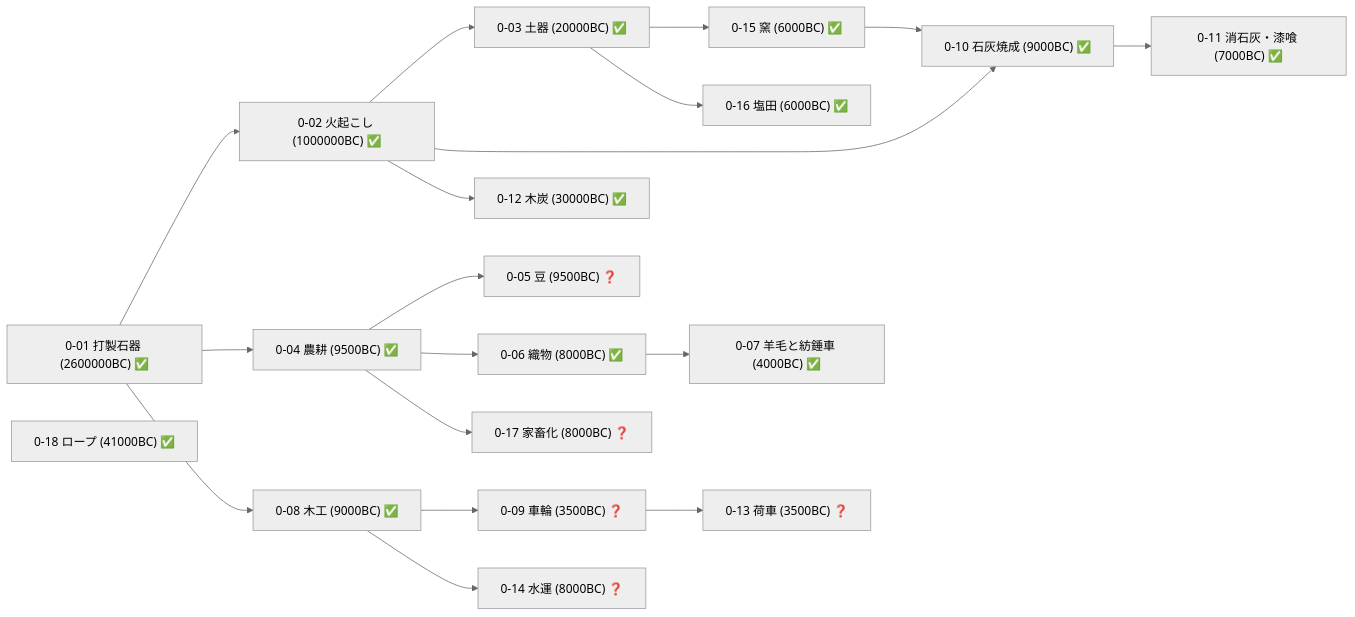
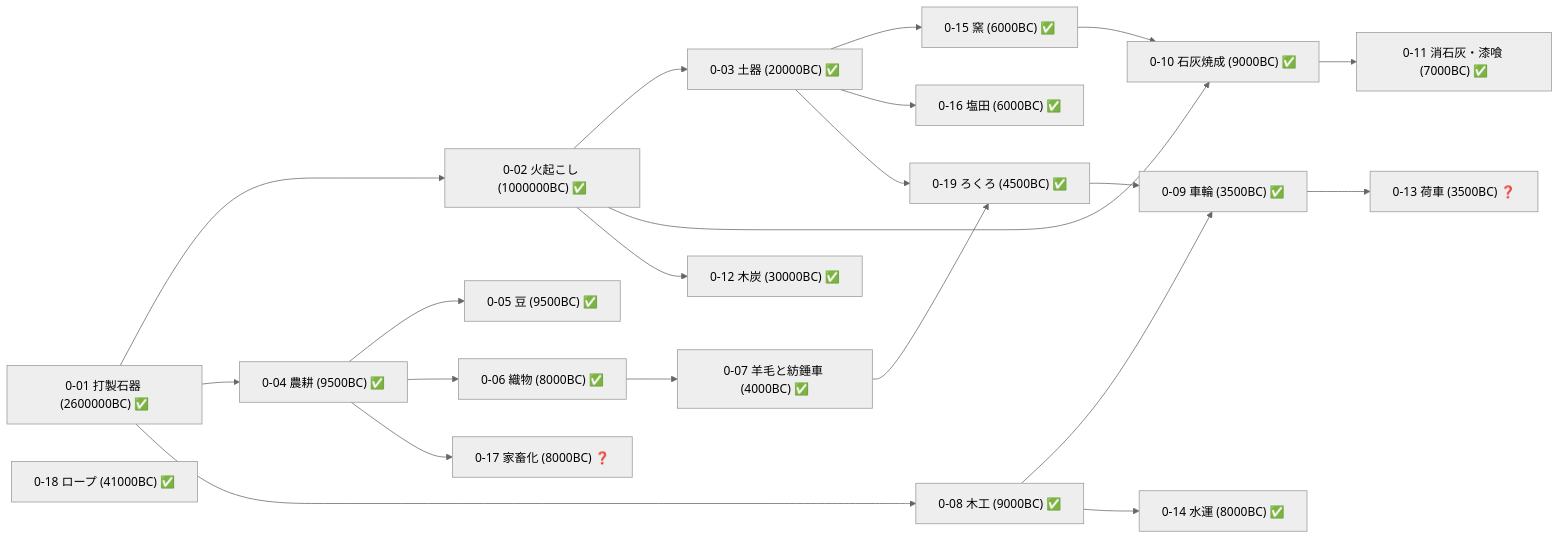
The third of 19 diagrams in docs/TECH_TREE_VIEW.md (taku3i0317-collab/semiconductor-lab), drawn with Mermaid (neutral theme) before and after one commit. The commit also changed other lines of this file and 12 other files, not shown here.

````diff
--- a/docs/TECH_TREE_VIEW.md
+++ b/docs/TECH_TREE_VIEW.md
@@ -132,38 +131,42 @@
 ```mermaid
 graph LR
   n0_01["0-01 打製石器 (2600000BC) ✅"]
   n0_02["0-02 火起こし (1000000BC) ✅"]
   n0_03["0-03 土器 (20000BC) ✅"]
   n0_04["0-04 農耕 (9500BC) ✅"]
-  n0_05["0-05 豆 (9500BC) ❓"]
+  n0_05["0-05 豆 (9500BC) ✅"]
   n0_06["0-06 織物 (8000BC) ✅"]
   n0_07["0-07 羊毛と紡錘車 (4000BC) ✅"]
   n0_08["0-08 木工 (9000BC) ✅"]
-  n0_09["0-09 車輪 (3500BC) ❓"]
+  n0_09["0-09 車輪 (3500BC) ✅"]
   n0_10["0-10 石灰焼成 (9000BC) ✅"]
   n0_11["0-11 消石灰・漆喰 (7000BC) ✅"]
   n0_12["0-12 木炭 (30000BC) ✅"]
   n0_13["0-13 荷車 (3500BC) ❓"]
-  n0_14["0-14 水運 (8000BC) ❓"]
+  n0_14["0-14 水運 (8000BC) ✅"]
   n0_15["0-15 窯 (6000BC) ✅"]
   n0_16["0-16 塩田 (6000BC) ✅"]
   n0_17["0-17 家畜化 (8000BC) ❓"]
   n0_18["0-18 ロープ (41000BC) ✅"]
+  n0_19["0-19 ろくろ (4500BC) ✅"]
   n0_01-->n0_02
   n0_02-->n0_03
   n0_01-->n0_04
   n0_04-->n0_05
   n0_04-->n0_06
   n0_06-->n0_07
   n0_01-->n0_08
   n0_08-->n0_09
+  n0_19-->n0_09
   n0_02-->n0_10
   n0_15-->n0_10
   n0_10-->n0_11
   n0_02-->n0_12
   n0_09-->n0_13
   n0_08-->n0_14
   n0_03-->n0_15
   n0_03-->n0_16
   n0_04-->n0_17
+  n0_03-->n0_19
+  n0_07-->n0_19
 ```
````
